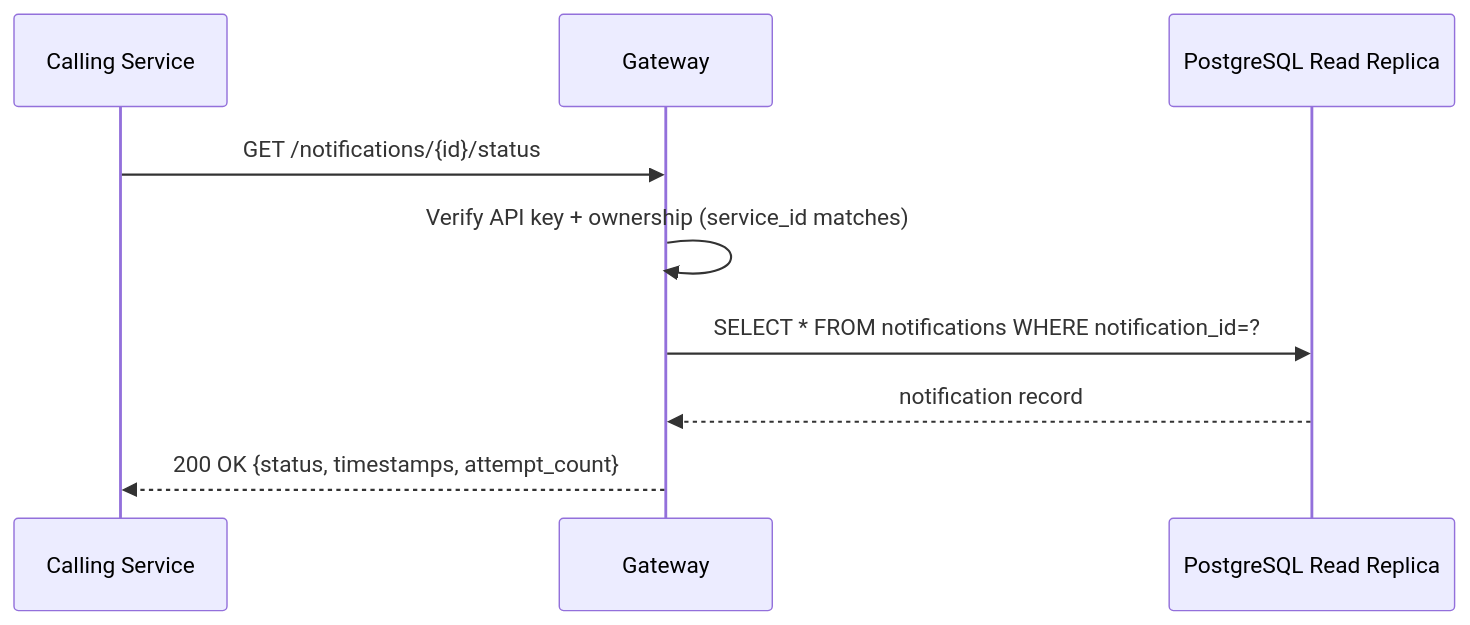
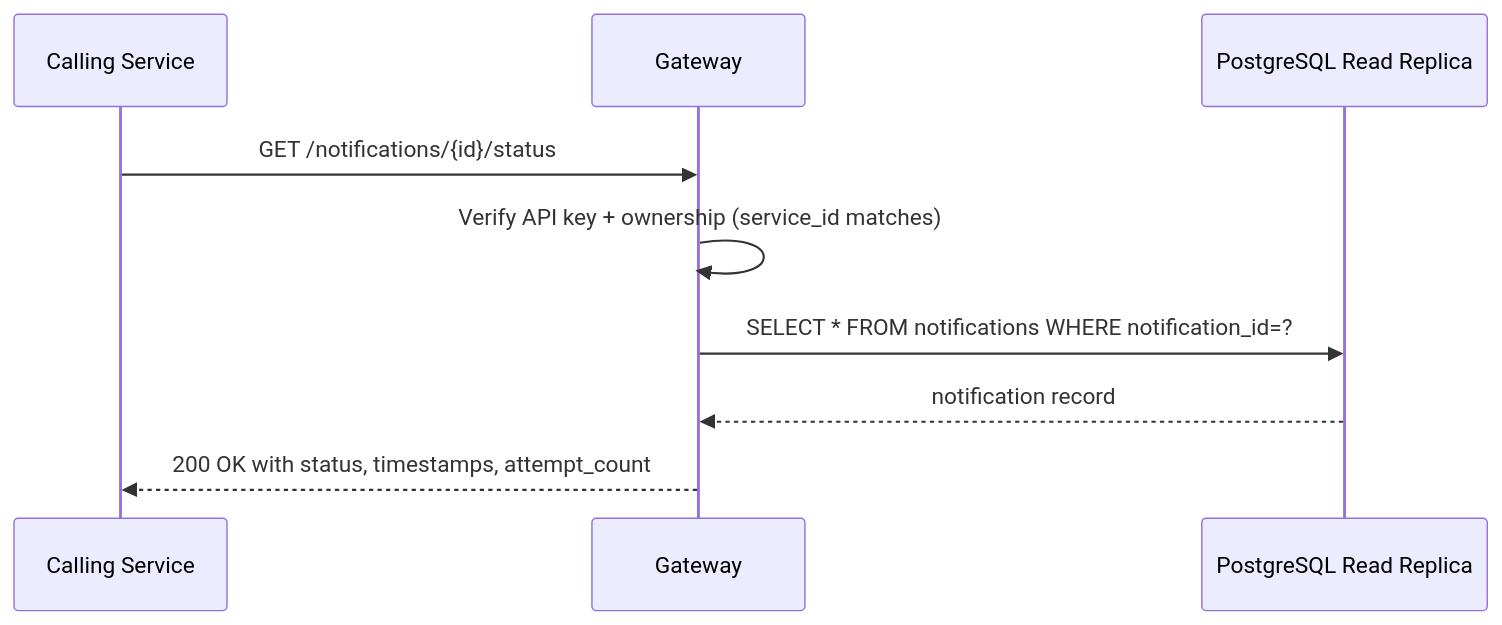
One commit to bindian0509/system-design changed the second of 4 diagrams in notification-service/design/api-contracts.md. Above: the diagram before and after it, drawn with Mermaid. The commit also changed other lines of this file and 9 other files, not shown here.

Commit message:
fixing mermaid

````diff
--- a/notification-service/design/api-contracts.md
+++ b/notification-service/design/api-contracts.md
@@ -162,12 +162,12 @@
 ```mermaid
 sequenceDiagram
     participant C as Calling Service
     participant GW as Gateway
     participant PGRead as PostgreSQL Read Replica
 
     C->>GW: GET /notifications/{id}/status
     GW->>GW: Verify API key + ownership (service_id matches)
     GW->>PGRead: SELECT * FROM notifications WHERE notification_id=?
     PGRead-->>GW: notification record
-    GW-->>C: 200 OK {status, timestamps, attempt_count}
+    GW-->>C: 200 OK with status, timestamps, attempt_count
 ```
````
